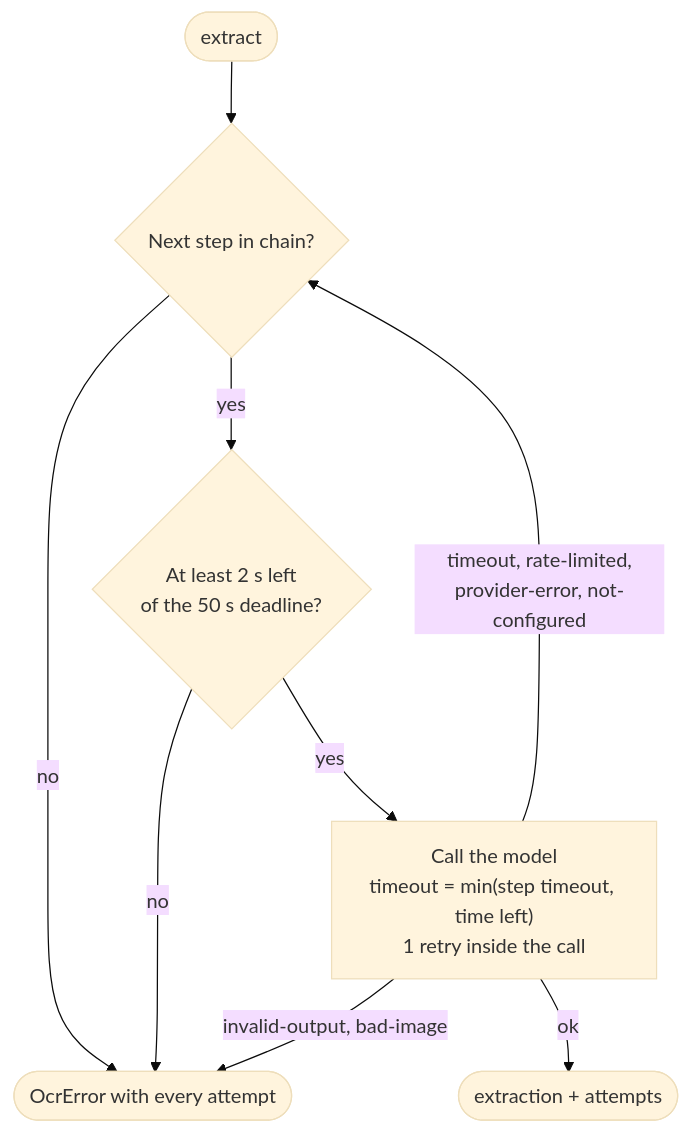
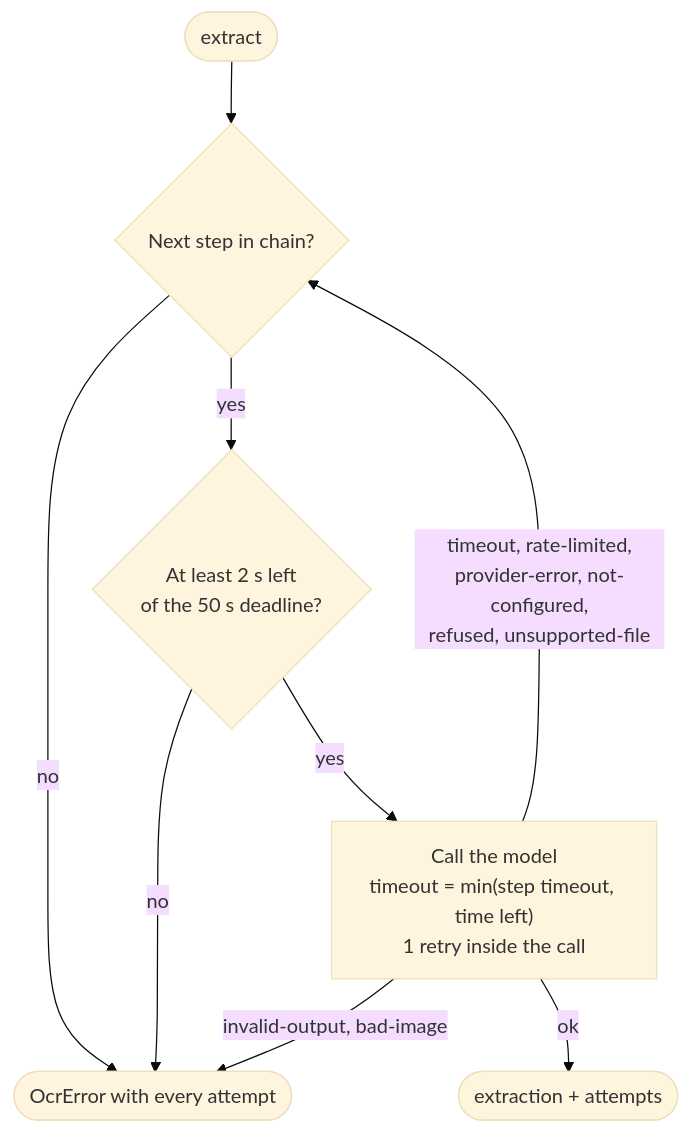
Before and after one commit to bhimrazy/receipt-ocr-app: the third of 3 diagrams in docs/architecture/flows/upload-and-extraction.md, drawn with Mermaid (base theme). The commit also changed 21 other files, not shown here.

First line of the commit message:
fix(ai): refused and unsupported-file failure kinds, 402 and 413 fall back

````diff
--- a/docs/architecture/flows/upload-and-extraction.md
+++ b/docs/architecture/flows/upload-and-extraction.md
@@ -118,11 +118,11 @@
 ```mermaid
 flowchart TD
   start([extract]) --> next{Next step in chain?}
   next -- no --> fail([OcrError with every attempt])
   next -- yes --> time{"At least 2 s left<br/>of the 50 s deadline?"}
   time -- no --> fail
   time -- yes --> model["Call the model<br/>timeout = min(step timeout, time left)<br/>1 retry inside the call"]
   model -- ok --> success([extraction + attempts])
-  model -- "timeout, rate-limited,<br/>provider-error, not-configured" --> next
+  model -- "timeout, rate-limited,<br/>provider-error, not-configured,<br/>refused, unsupported-file" --> next
   model -- "invalid-output, bad-image" --> fail
 ```
````
